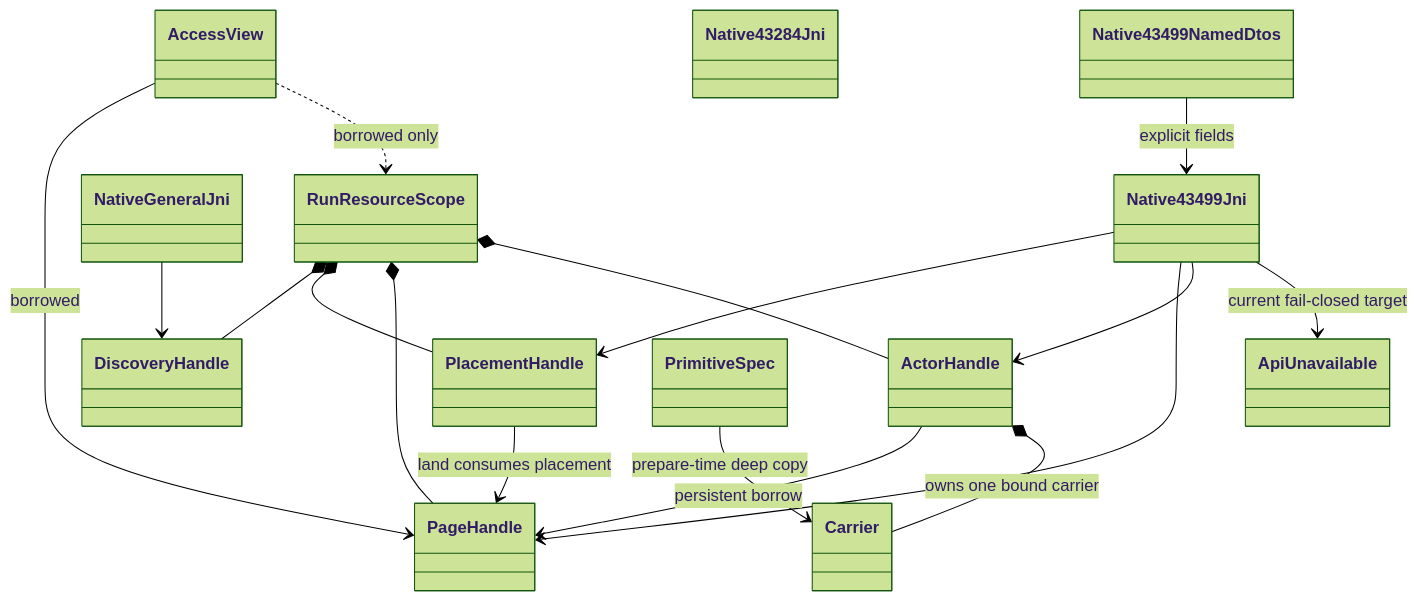
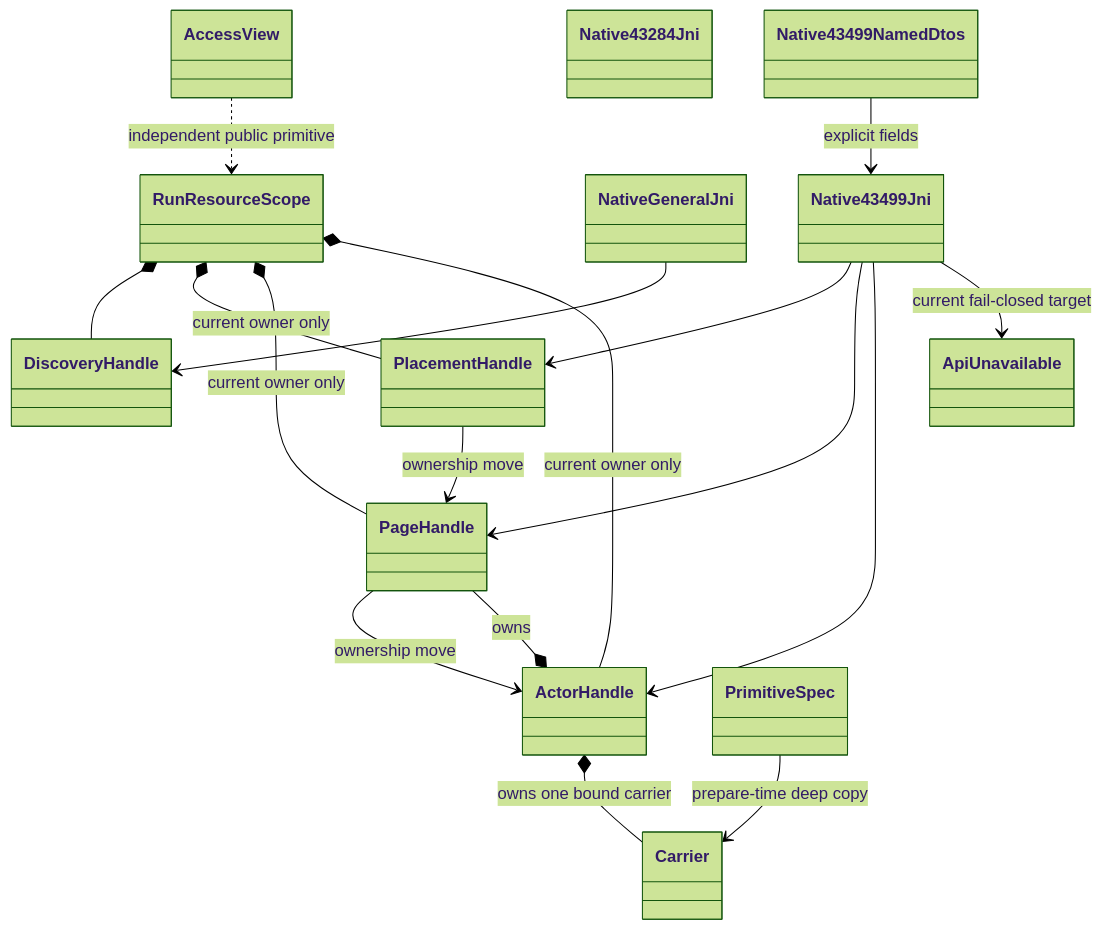
One commit to YuKongA/ghostlock-app changed diagram 23 of 25 in docs/development/full-process-uml.md. Above: the diagram before and after it, drawn with Mermaid (forest theme). The commit also changed other lines of this file and 31 other files, not shown here.

````diff
--- a/docs/development/full-process-uml.md
+++ b/docs/development/full-process-uml.md
@@ -768,32 +773,32 @@
 ```mermaid
 classDiagram
   class RunResourceScope
   class NativeGeneralJni
   class Native43499Jni
   class Native43499NamedDtos
   class ApiUnavailable
   class Native43284Jni
   class DiscoveryHandle
   class PlacementHandle
   class PageHandle
   class ActorHandle
   class PrimitiveSpec
   class Carrier
   class AccessView
   RunResourceScope *-- DiscoveryHandle
-  RunResourceScope *-- PlacementHandle
-  RunResourceScope *-- PageHandle
-  RunResourceScope *-- ActorHandle
-  AccessView --> PageHandle : borrowed
+  RunResourceScope *-- PlacementHandle : current owner only
+  RunResourceScope *-- PageHandle : current owner only
+  RunResourceScope *-- ActorHandle : current owner only
   NativeGeneralJni --> DiscoveryHandle
   Native43499Jni --> PlacementHandle
   Native43499Jni --> PageHandle
   Native43499Jni --> ActorHandle
   Native43499NamedDtos --> Native43499Jni : explicit fields
   Native43499Jni --> ApiUnavailable : current fail-closed target
-  PlacementHandle --> PageHandle : land consumes placement
-  ActorHandle --> PageHandle : persistent borrow
+  PlacementHandle --> PageHandle : ownership move
+  PageHandle --> ActorHandle : ownership move
+  ActorHandle *-- PageHandle : owns
   ActorHandle *-- Carrier : owns one bound carrier
   PrimitiveSpec --> Carrier : prepare-time deep copy
-  AccessView ..> RunResourceScope : borrowed only
+  AccessView ..> RunResourceScope : independent public primitive
 ```
````
